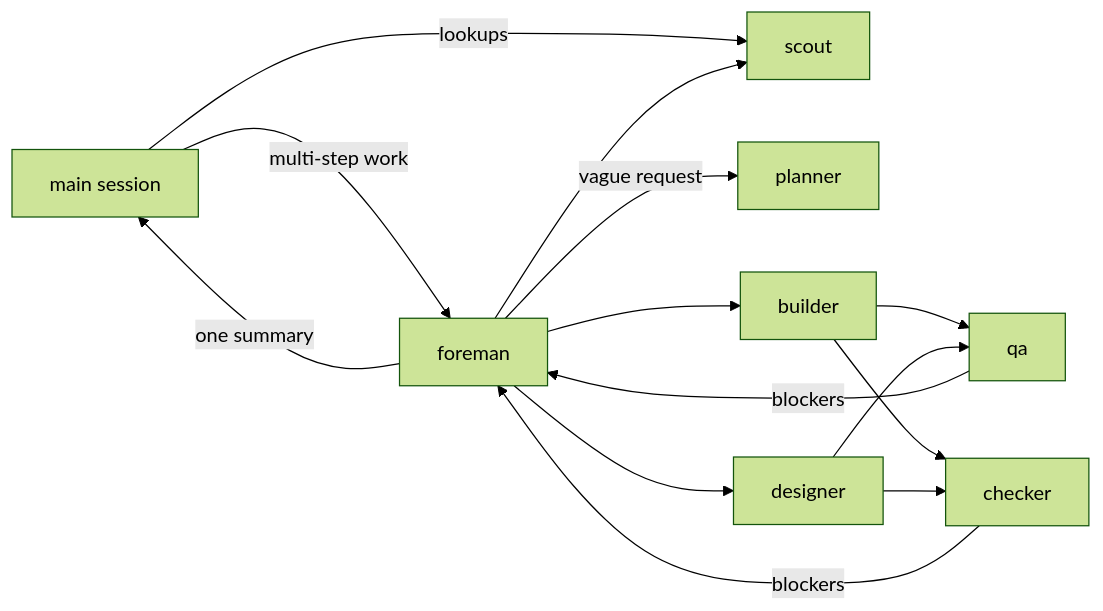
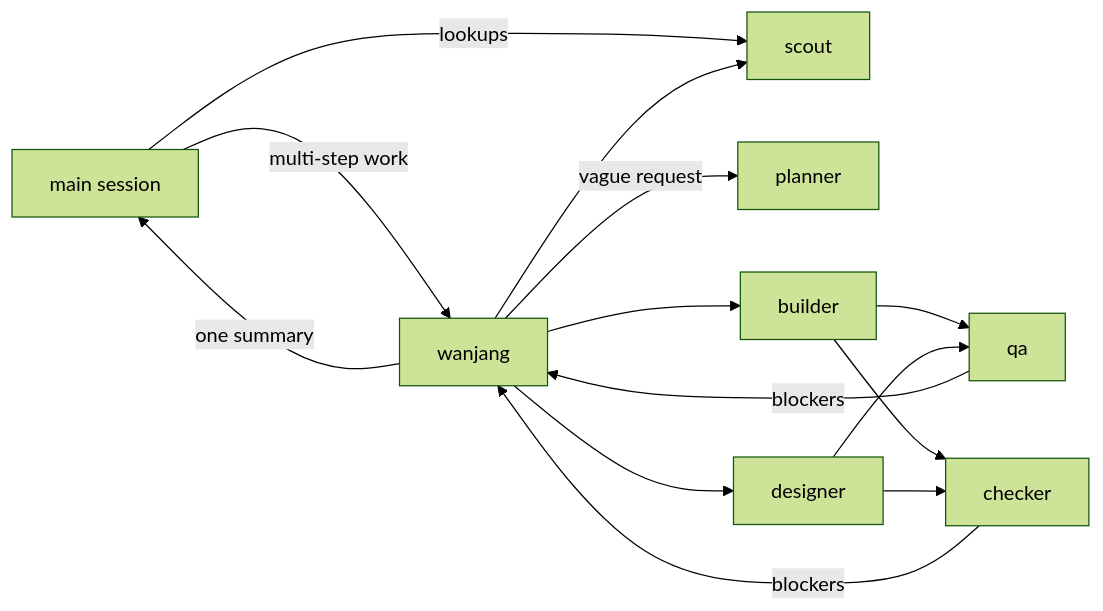
Before and after one commit to levx-me/wanjang: the diagram in README.md, drawn with Mermaid (forest theme). The commit also changed other lines of this file and 19 other files, not shown here.

First line of the commit message:
Rename: Foreman is now Wanjang (완장)

````diff
--- a/README.md
+++ b/README.md
@@ -48,13 +48,13 @@
 ```mermaid
 flowchart LR
-  main[main session] -->|multi-step work| F[foreman]
+  main[main session] -->|multi-step work| F[wanjang]
   main -->|lookups| S[scout]
   F -->|vague request| P[planner]
   F --> S
   F --> B[builder]
   F --> D[designer]
   B & D --> Q[qa]
   B & D --> C[checker]
   Q & C -->|blockers| F
   F -->|one summary| main
 ```
````
